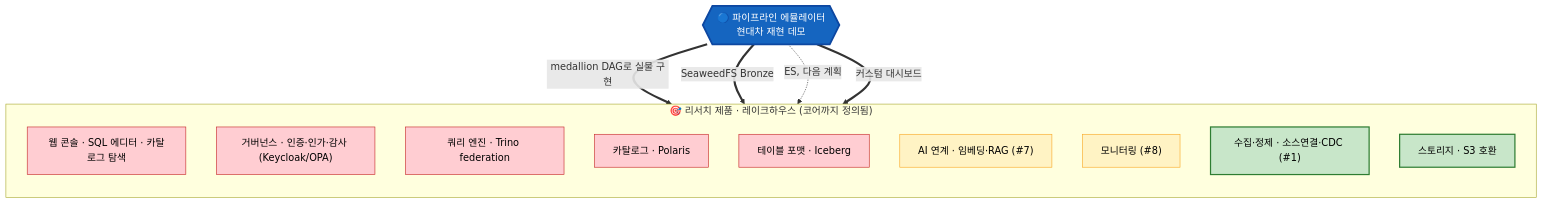
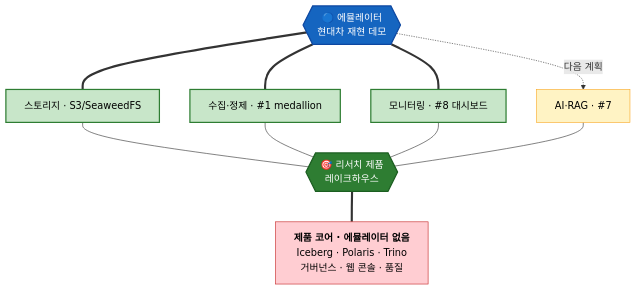
Before and after one commit to mzd-nrkim/pipeline-emulator: the diagram in docs/pipeline-emulator-vs-lakehouse-research.md, drawn with Mermaid. The commit also changed other lines of this file, not shown here.

Commit message:
modify diagram

````diff
--- a/docs/pipeline-emulator-vs-lakehouse-research.md
+++ b/docs/pipeline-emulator-vs-lakehouse-research.md
@@ -44,26 +44,29 @@
 ```mermaid
 flowchart TB
-    subgraph PROD["🎯 리서치 제품 · 레이크하우스 (코어까지 정의됨)"]
-        direction TB
-        UI["웹 콘솔 · SQL 에디터 · 카탈로그 탐색"]:::core
-        GOV["거버넌스 · 인증·인가·감사 (Keycloak/OPA)"]:::core
-        QE["쿼리 엔진 · Trino federation"]:::core
-        CAT["카탈로그 · Polaris"]:::core
-        TF["테이블 포맷 · Iceberg"]:::core
-        AI["AI 연계 · 임베딩·RAG (#7)"]:::partial
-        MON["모니터링 (#8)"]:::partial
-        ING["수집·정제 · 소스연결·CDC (#1)"]:::emu
-        ST["스토리지 · S3 호환"]:::emu
-    end
+    EMU{{"🔵 에뮬레이터<br/>현대차 재현 데모"}}:::hubE
 
-    EMU{{"🔵 파이프라인 에뮬레이터<br/>현대차 재현 데모"}}:::hub
-    EMU ==>|medallion DAG로 실물 구현| ING
-    EMU ==>|SeaweedFS Bronze| ST
-    EMU -.->|ES, 다음 계획| AI
-    EMU ==>|커스텀 대시보드| MON
+    ST["스토리지 · S3/SeaweedFS"]:::cov
+    ING["수집·정제 · #1 medallion"]:::cov
+    MON["모니터링 · #8 대시보드"]:::cov
+    AI["AI·RAG · #7"]:::part
 
-    classDef hub fill:#1565c0,color:#fff,stroke:#0d47a1,stroke-width:3px
-    classDef emu fill:#c8e6c9,stroke:#2e7d32,color:#000,stroke-width:2px
-    classDef partial fill:#fff3c4,stroke:#f9a825,color:#000
+    RES{{"🎯 리서치 제품<br/>레이크하우스"}}:::hubR
+    CORE["<b>제품 코어 · 에뮬레이터 없음</b><br/>Iceberg · Polaris · Trino<br/>거버넌스 · 웹 콘솔 · 품질"]:::core
+
+    EMU === ST
+    EMU === ING
+    EMU === MON
+    EMU -.->|다음 계획| AI
+
+    ST --- RES
+    ING --- RES
+    MON --- RES
+    AI --- RES
+    RES === CORE
+
+    classDef hubE fill:#1565c0,color:#fff,stroke:#0d47a1,stroke-width:2px
+    classDef hubR fill:#2e7d32,color:#fff,stroke:#1b5e20,stroke-width:2px
+    classDef cov fill:#c8e6c9,stroke:#2e7d32,color:#000,stroke-width:2px
+    classDef part fill:#fff3c4,stroke:#f9a825,color:#000
     classDef core fill:#ffcdd2,stroke:#c62828,color:#000
 ```
````
